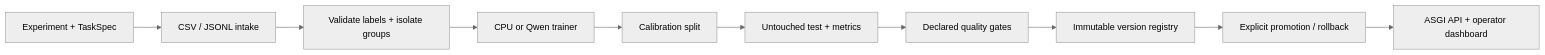
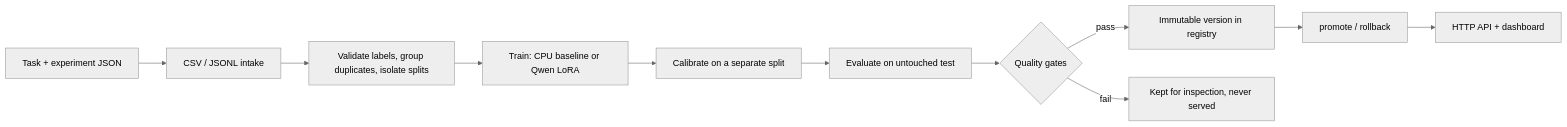
The diagram in README.md (denis-samatov/localdesk), drawn with Mermaid (neutral theme) before and after one commit. The commit also changed other lines of this file and 2 other files, not shown here.

````diff
--- a/README.md
+++ b/README.md
@@ -16,12 +145,13 @@
 ```mermaid
 flowchart LR
-  C[Experiment + TaskSpec] --> D[CSV / JSONL intake]
-  D --> V[Validate labels + isolate groups]
-  V --> T[CPU or Qwen trainer]
-  T --> K[Calibration split]
-  K --> E[Untouched test + metrics]
-  E --> G[Declared quality gates]
-  G --> R[Immutable version registry]
-  R --> P[Explicit promotion / rollback]
-  P --> A[ASGI API + operator dashboard]
+  C[Task + experiment JSON] --> D[CSV / JSONL intake]
+  D --> V[Validate labels, group duplicates, isolate splits]
+  V --> T[Train: CPU baseline or Qwen LoRA]
+  T --> K[Calibrate on a separate split]
+  K --> E[Evaluate on untouched test]
+  E --> G{Quality gates}
+  G -->|pass| R[Immutable version in registry]
+  G -->|fail| X[Kept for inspection, never served]
+  R --> P[promote / rollback]
+  P --> A[HTTP API + dashboard]
 ```
````
